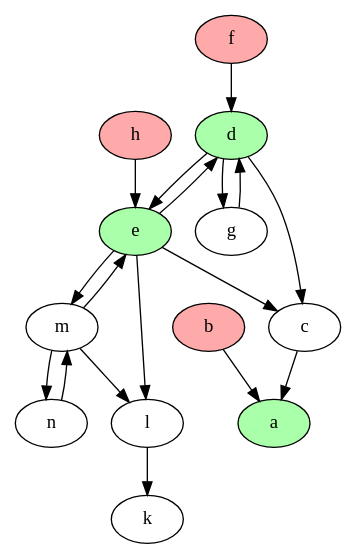
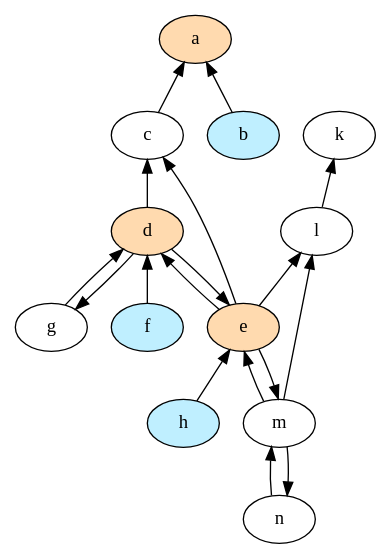
One commit to idaks/Games-and-Argumentation changed the diagram in XLoKR-2023/output/state_1.1_graph.dot. Above: the diagram before and after it, drawn with Graphviz. The commit also changed 12 other files, not shown here.

```diff
--- a/XLoKR-2023/output/state_1.1_graph.dot
+++ b/XLoKR-2023/output/state_1.1_graph.dot
@@ -1,31 +1,31 @@
 strict digraph "" {
-	b	[fillcolor="#FFAAAA",
+	a	[fillcolor="#ffdaaf",
 		style=filled];
-	a	[fillcolor="#AAFFAA",
+	b	[fillcolor="#bfefff",
 		style=filled];
-	b -> a;
-	c -> a;
-	l -> k;
-	d	[fillcolor="#AAFFAA",
+	a -> b	[dir=back];
+	a -> c	[dir=back];
+	d	[fillcolor="#ffdaaf",
 		style=filled];
-	d -> c;
-	e	[fillcolor="#AAFFAA",
+	c -> d	[dir=back];
+	e	[fillcolor="#ffdaaf",
 		style=filled];
-	d -> e;
-	d -> g;
-	e -> c;
-	e -> l;
-	e -> d;
-	e -> m;
-	m -> l;
-	m -> e;
-	m -> n;
-	f	[fillcolor="#FFAAAA",
+	c -> e	[dir=back];
+	k -> l	[dir=back];
+	l -> e	[dir=back];
+	l -> m	[dir=back];
+	d -> e	[dir=back];
+	f	[fillcolor="#bfefff",
 		style=filled];
-	f -> d;
-	g -> d;
-	h	[fillcolor="#FFAAAA",
+	d -> f	[dir=back];
+	d -> g	[dir=back];
+	e -> d	[dir=back];
+	e -> m	[dir=back];
+	h	[fillcolor="#bfefff",
 		style=filled];
-	h -> e;
-	n -> m;
+	e -> h	[dir=back];
+	m -> e	[dir=back];
+	m -> n	[dir=back];
+	g -> d	[dir=back];
+	n -> m	[dir=back];
 }
```
